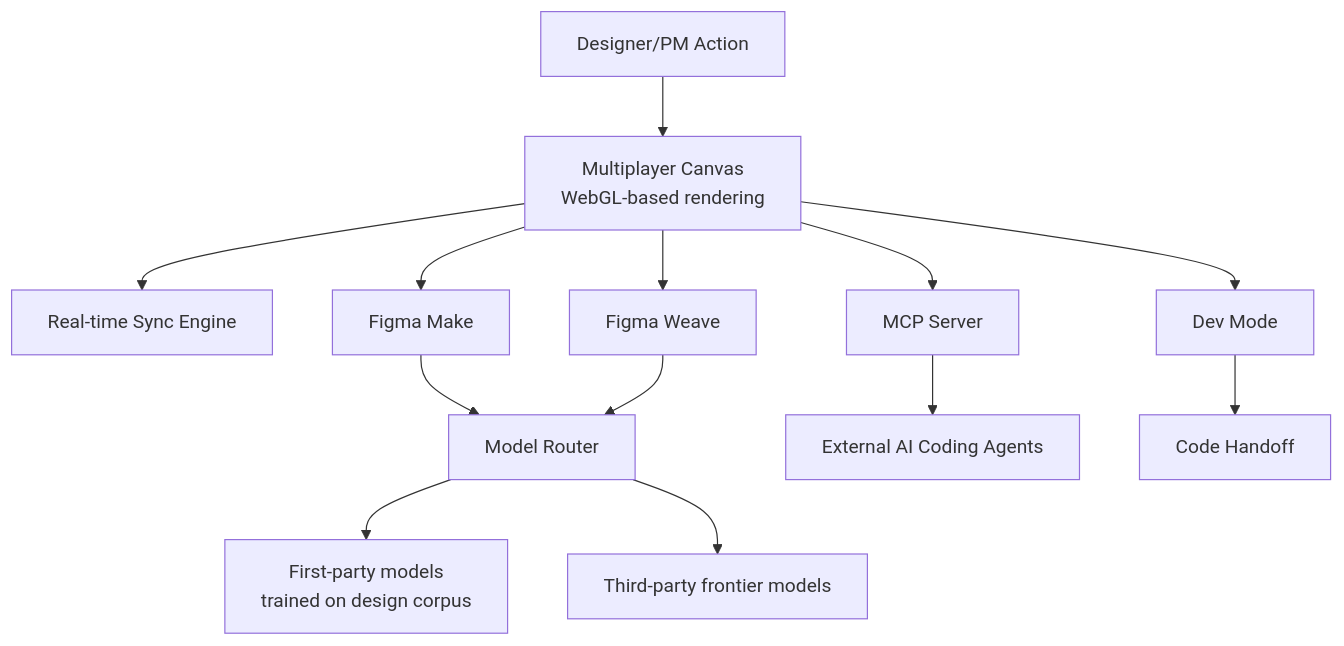
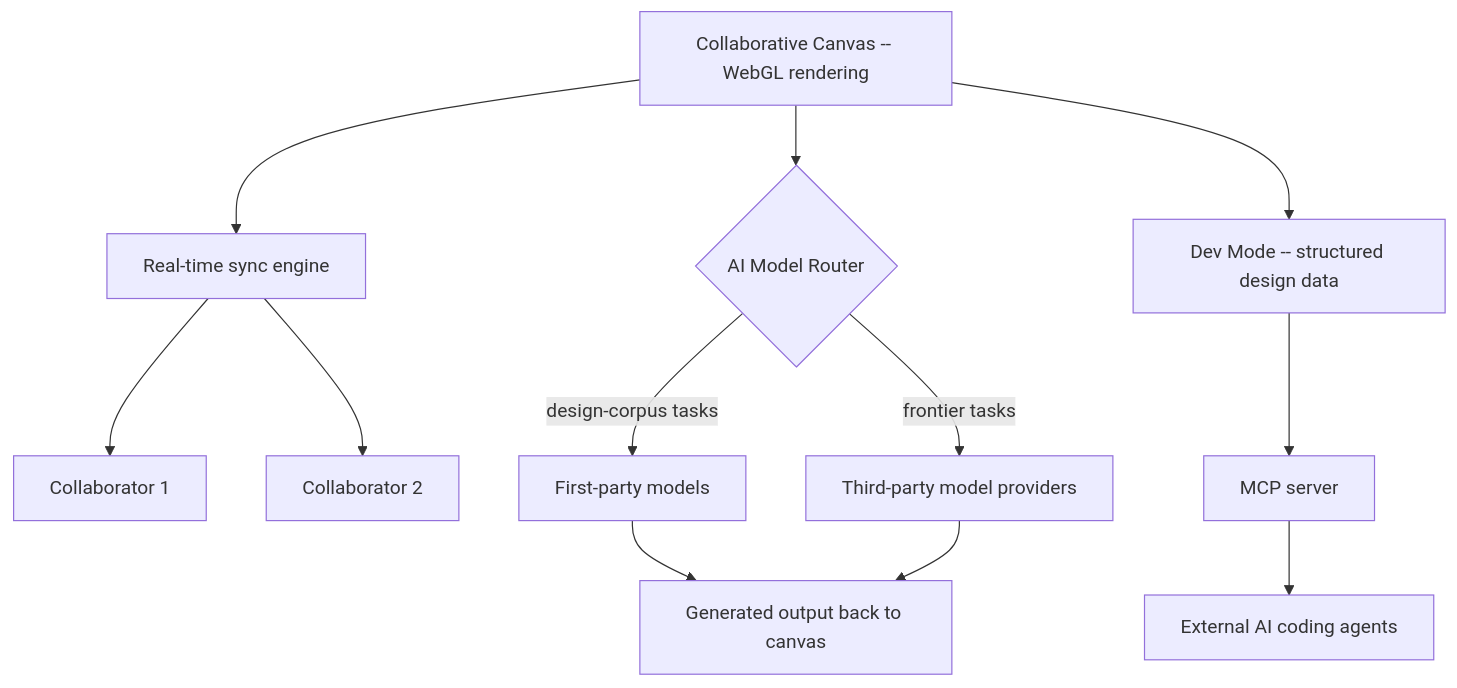
One commit to gaurav-product/product-management-case-studies changed the fifth of 6 diagrams in Case Studies/Day-17-Figma/README.md. Above: the diagram before and after it, drawn with Mermaid. The commit also changed other lines of this file, not shown here.

````diff
--- a/Case Studies/Day-17-Figma/README.md
+++ b/Case Studies/Day-17-Figma/README.md
@@ -571,15 +585,14 @@
 ```mermaid
-flowchart TB
-    User[Designer/PM Action] --> Canvas[Multiplayer Canvas<br/>WebGL-based rendering]
-    Canvas --> Sync[Real-time Sync Engine]
-    Canvas --> Make[Figma Make]
-    Canvas --> Weave[Figma Weave]
-    Make --> Router[Model Router]
-    Weave --> Router
-    Router --> FirstParty[First-party models<br/>trained on design corpus]
-    Router --> ThirdParty[Third-party frontier models]
-    Canvas --> MCP[MCP Server]
-    MCP --> ExternalAgents[External AI Coding Agents]
-    Canvas --> DevMode[Dev Mode]
-    DevMode --> Code[Code Handoff]
+flowchart TD
+    U[Collaborative Canvas -- WebGL rendering] --> S[Real-time sync engine]
+    S --> C1[Collaborator 1]
+    S --> C2[Collaborator 2]
+    U --> R{AI Model Router}
+    R -->|design-corpus tasks| FP[First-party models]
+    R -->|frontier tasks| TP[Third-party model providers]
+    FP --> O[Generated output back to canvas]
+    TP --> O
+    U --> DM[Dev Mode -- structured design data]
+    DM --> MCP[MCP server]
+    MCP --> EA[External AI coding agents]
 ```
````
